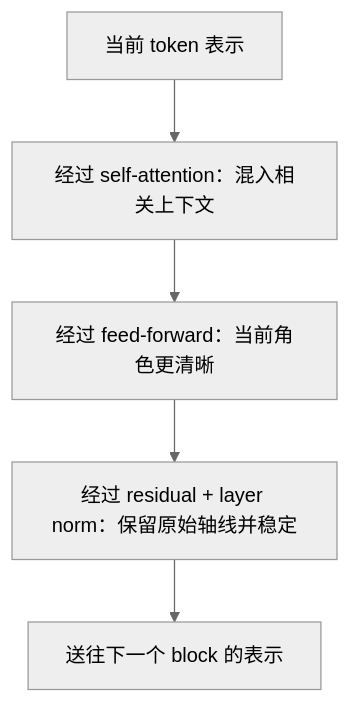
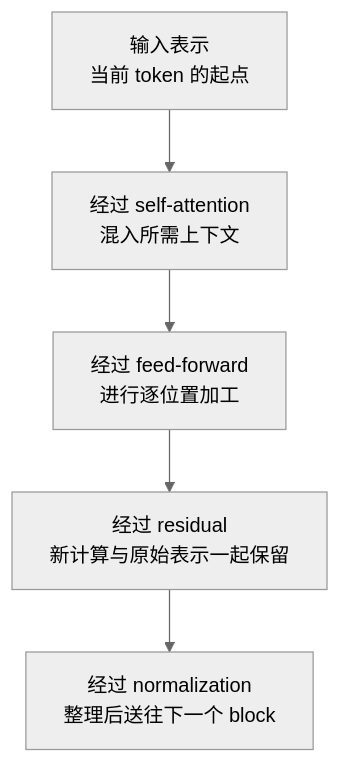
The diagram in docs/assets/part-05/chapter-14/transformer-representation-update-zh.mmd (devchan64/AiBook), drawn with Mermaid (neutral theme) before and after one commit. The commit also changed 71 other files, not shown here.

Commit message:
Revise part 5 transformer and translation flow

```diff
--- a/docs/assets/part-05/chapter-14/transformer-representation-update-zh.mmd
+++ b/docs/assets/part-05/chapter-14/transformer-representation-update-zh.mmd
@@ -1,11 +1,11 @@
 flowchart TD
-  A["当前 token 表示"]
-  B["经过 self-attention：混入相关上下文"]
-  C["经过 feed-forward：当前角色更清晰"]
-  D["经过 residual + layer norm：保留原始轴线并稳定"]
-  E["送往下一个 block 的表示"]
+  A["输入表示<br/>当前 token 的起点"]
+  B["经过 self-attention<br/>混入所需上下文"]
+  C["经过 feed-forward<br/>进行逐位置加工"]
+  D["经过 residual<br/>新计算与原始表示一起保留"]
+  E["经过 normalization<br/>整理后送往下一个 block"]
 
   A --> B
   B --> C
   C --> D
   D --> E
```
